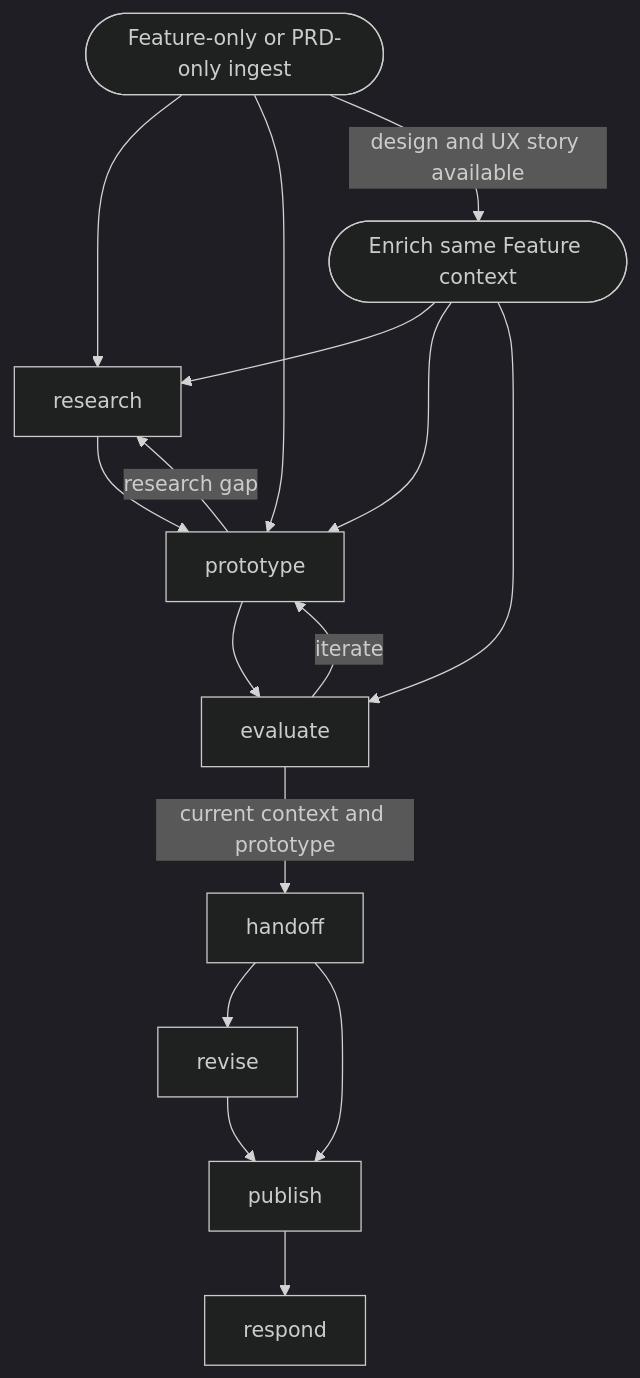
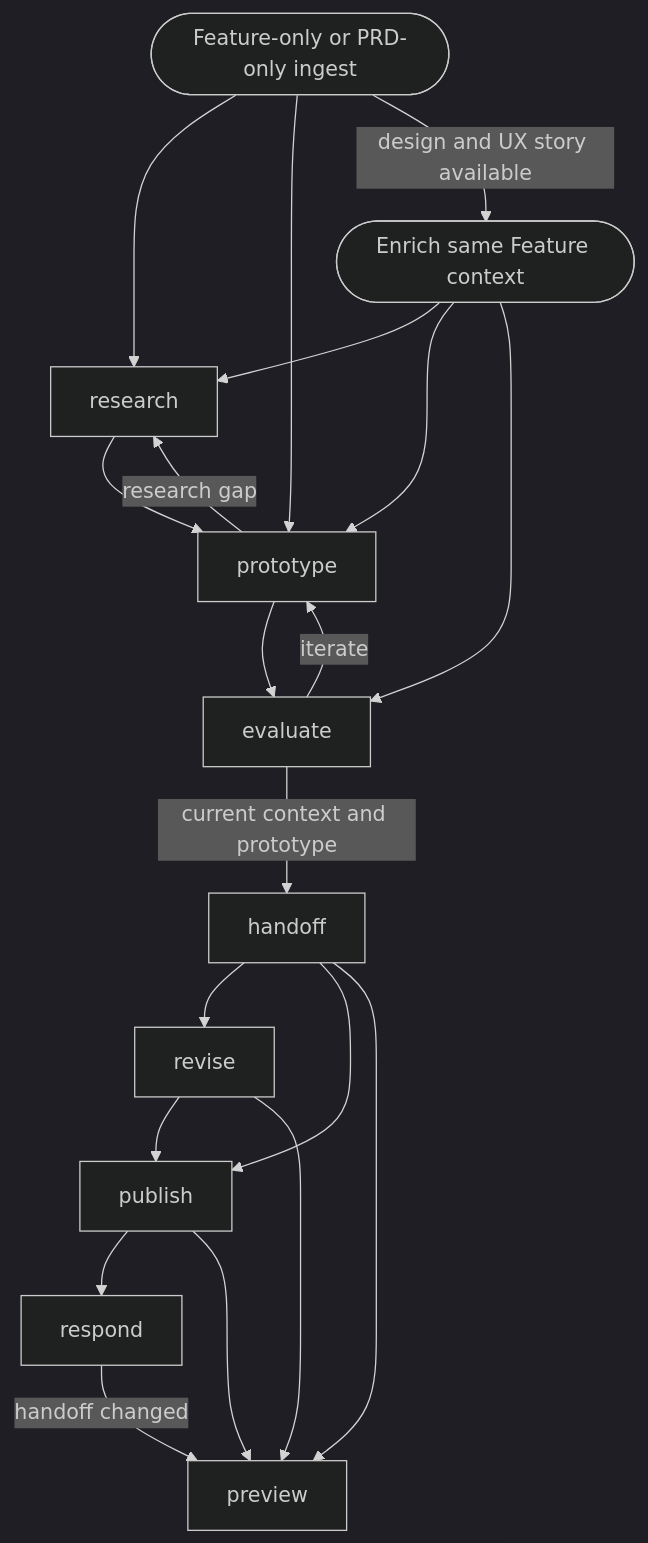
The diagram in ux-design/README.md (flightctl/ai-workflows), drawn with Mermaid (dark theme) before and after one commit. The commit also changed other lines of this file and 9 other files, not shown here.

````diff
--- a/ux-design/README.md
+++ b/ux-design/README.md
@@ -12,18 +12,22 @@
 ```mermaid
 graph TD
     early_ingest([Feature-only or PRD-only ingest]) --> research
     early_ingest --> prototype
     research --> prototype
     prototype --> evaluate
     evaluate -->|iterate| prototype
     prototype -->|research gap| research
     early_ingest -->|design and UX story available| enrich([Enrich same Feature context])
     enrich --> research
     enrich --> prototype
     enrich --> evaluate
     evaluate -->|current context and prototype| handoff
     handoff --> revise
     handoff --> publish
+    handoff --> preview
     revise --> publish
+    revise --> preview
     publish --> respond
+    publish --> preview
+    respond -->|handoff changed| preview
 ```
````
